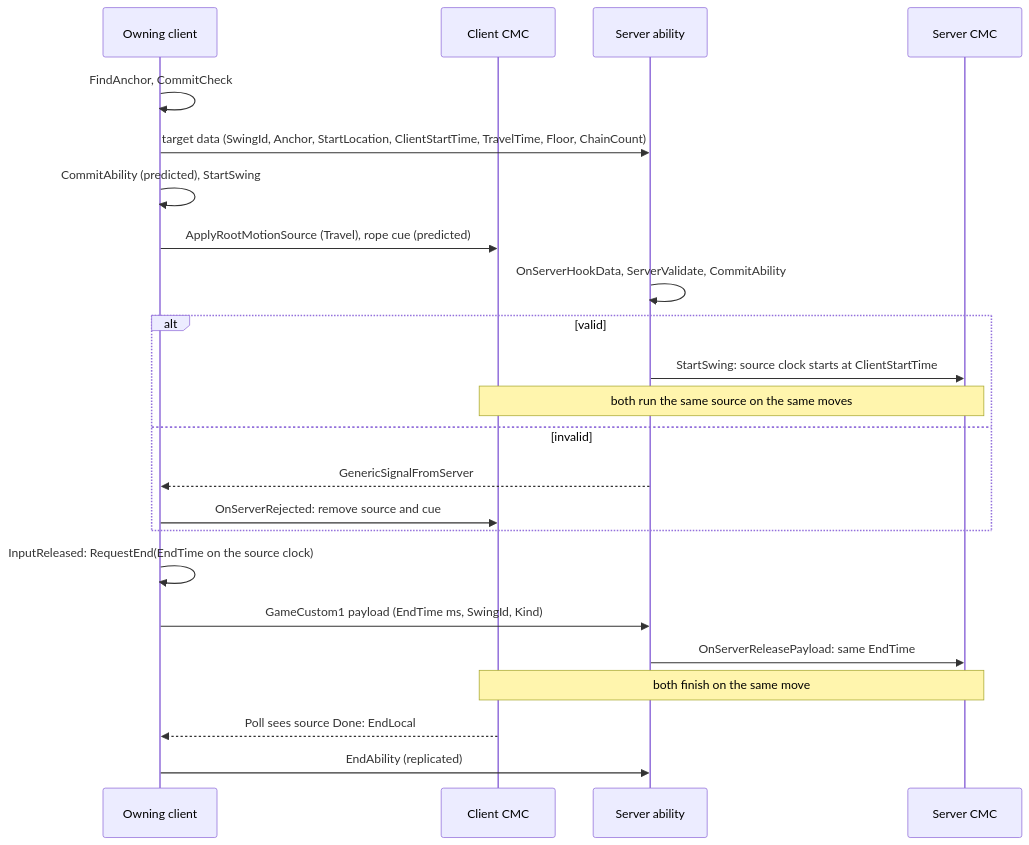
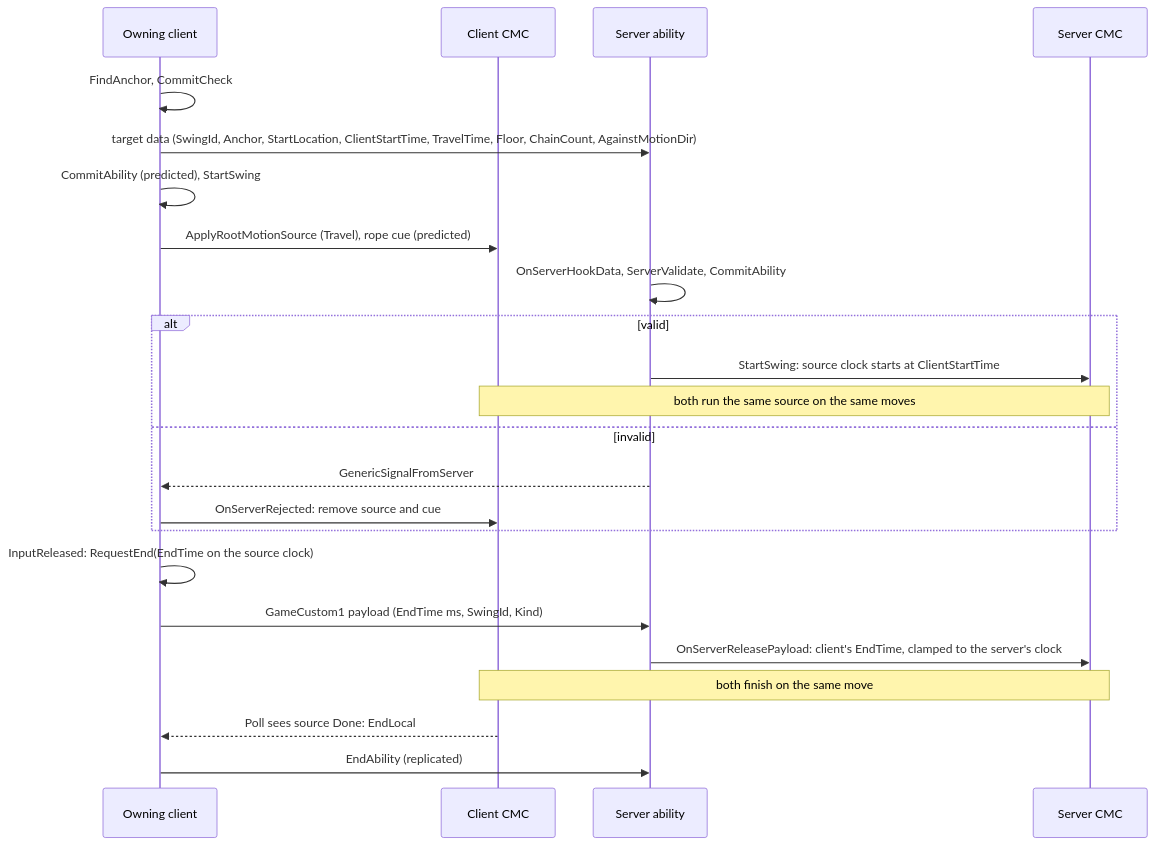
One commit to talal-jpg/AuraRedo2 changed the fourth of 5 diagrams in Docs/GA_GrappleSwing2.md. Above: the diagram before and after it, drawn with Mermaid. The commit also changed other lines of this file, not shown here.

First line of the commit message:
Correct GA_GrappleSwing2 docs against the code

````diff
--- a/Docs/GA_GrappleSwing2.md
+++ b/Docs/GA_GrappleSwing2.md
@@ -224,25 +229,25 @@
 ```mermaid
 sequenceDiagram
     participant C as Owning client
     participant CM as Client CMC
     participant S as Server ability
     participant SM as Server CMC
     C->>C: FindAnchor, CommitCheck
-    C->>S: target data (SwingId, Anchor, StartLocation, ClientStartTime, TravelTime, Floor, ChainCount)
+    C->>S: target data (SwingId, Anchor, StartLocation, ClientStartTime, TravelTime, Floor, ChainCount, AgainstMotionDir)
     C->>C: CommitAbility (predicted), StartSwing
     C->>CM: ApplyRootMotionSource (Travel), rope cue (predicted)
     S->>S: OnServerHookData, ServerValidate, CommitAbility
     alt valid
         S->>SM: StartSwing: source clock starts at ClientStartTime
         Note over CM,SM: both run the same source on the same moves
     else invalid
         S-->>C: GenericSignalFromServer
         C->>CM: OnServerRejected: remove source and cue
     end
     C->>C: InputReleased: RequestEnd(EndTime on the source clock)
     C->>S: GameCustom1 payload (EndTime ms, SwingId, Kind)
-    S->>SM: OnServerReleasePayload: same EndTime
+    S->>SM: OnServerReleasePayload: client's EndTime, clamped to the server's clock
     Note over CM,SM: both finish on the same move
     CM-->>C: Poll sees source Done: EndLocal
     C->>S: EndAbility (replicated)
 ```
````
